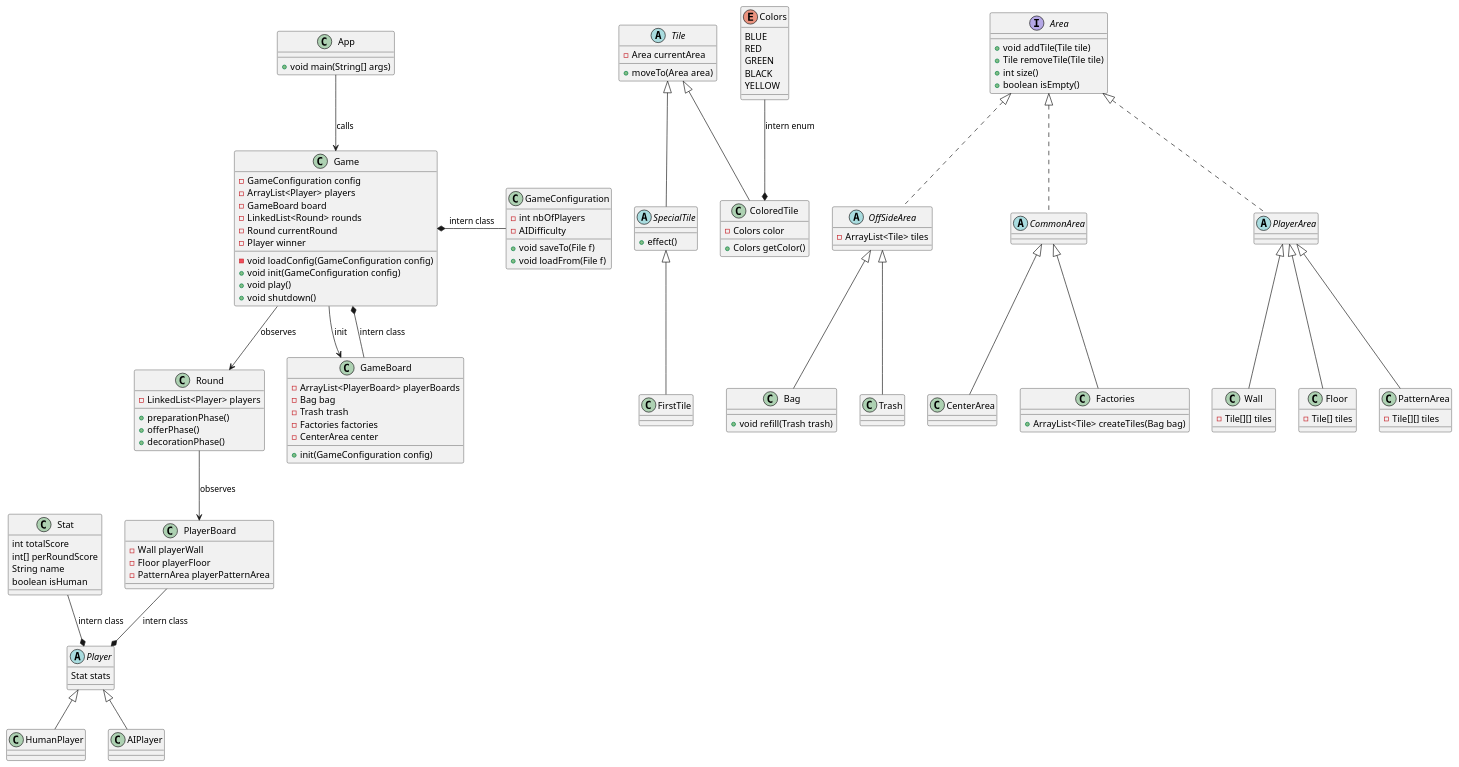
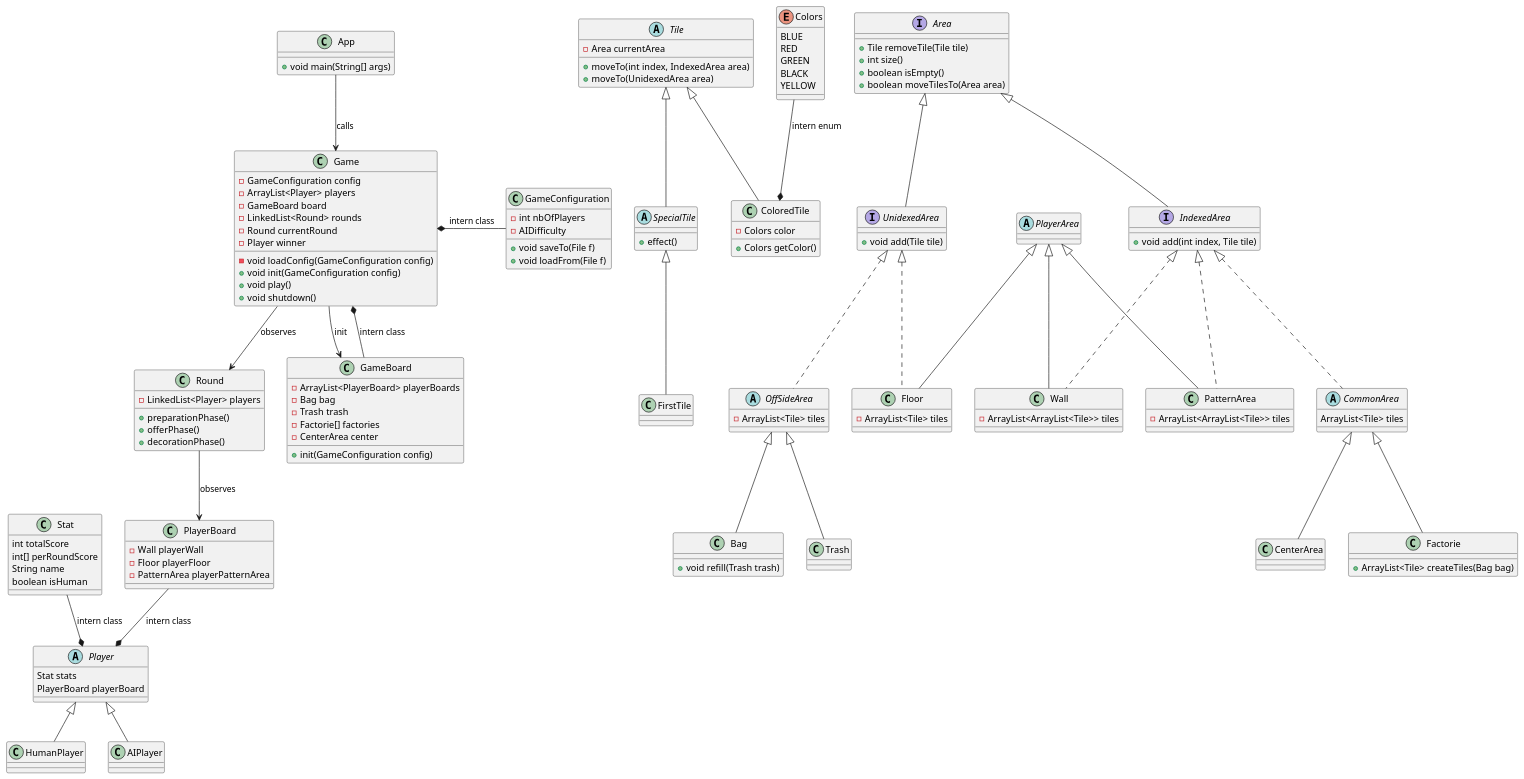
The diagram in proj.puml (nsouff/Azul), drawn with PlantUML before and after one commit. The commit also changed 1 other file, not shown here.

Commit message:
modified Area tree with two new interface

```diff
--- a/proj.puml
+++ b/proj.puml
@@ -1,155 +1,169 @@
 @startuml
 
 Abstract class Tile {
 	-Area currentArea
-	+moveTo(Area area)
+	+moveTo(int index, IndexedArea area)
+	+moveTo(UnidexedArea area)
 }
 
 
 Tile <|-- SpecialTile
 abstract class SpecialTile {
 	+effect()
 }
 
 Tile <|-- ColoredTile
 class ColoredTile {
 	-Colors color
 	+Colors getColor()
 }
 
 SpecialTile <|-- FirstTile
 class FirstTile
 
 Colors --* ColoredTile : "intern enum"
 enum Colors {
 	BLUE
 	RED
 	GREEN
 	BLACK
-	YELLOW	
+	YELLOW
 }
 
 
 interface Area {
-	+void addTile(Tile tile)
 	+Tile removeTile(Tile tile)
 	+int size()
 	+boolean isEmpty()
+	+boolean moveTilesTo(Area area)
+}
+Area <|-- UnidexedArea
+interface UnidexedArea {
+	+void add(Tile tile)
 }
 
-Area <|.. OffSideArea
+Area <|-- IndexedArea
+interface IndexedArea {
+	+void add(int index, Tile tile)
+}
+
+UnidexedArea <|.. OffSideArea
 abstract class OffSideArea {
 	-ArrayList<Tile> tiles
 }
 
 OffSideArea <|-- Bag
 class Bag {
 	+void refill(Trash trash)
 }
 
 OffSideArea <|-- Trash
 class Trash {
-	
+
 }
-
-Area <|.. CommonArea
-abstract class CommonArea
+IndexedArea <|.. CommonArea
+abstract class CommonArea {
+	ArrayList<Tile> tiles
+}
 CommonArea <|-- CenterArea
-CommonArea <|-- Factories
-class Factories {
+CommonArea <|-- Factorie
+class Factorie {
 	+ArrayList<Tile> createTiles(Bag bag)
 }
 
-Area <|.. PlayerArea
 abstract class PlayerArea
 
+IndexedArea <|.. Wall
 PlayerArea <|-- Wall
 class Wall {
-	-Tile[][] tiles
+	-ArrayList<ArrayList<Tile>> tiles
 }
 
+UnidexedArea <|.. Floor
 PlayerArea <|-- Floor
 class Floor {
-	-Tile[] tiles
+	-ArrayList<Tile> tiles
 }
 
+IndexedArea <|.. PatternArea
 PlayerArea <|-- PatternArea
 class PatternArea{
-	-Tile[][] tiles
+	-ArrayList<ArrayList<Tile>> tiles
 }
 
 abstract class Player {
 	Stat stats
+	PlayerBoard playerBoard
 }
 
 Stat  --* Player : "intern class"
 class Stat {
 	int totalScore
 	int[] perRoundScore
 	String name
 	boolean isHuman
 }
 
 Player <|-- HumanPlayer
 Player <|-- AIPlayer
 
 
 class PlayerBoard
 PlayerBoard --* Player : "intern class"
 
 
 GameConfiguration -left-* Game : "intern class"
 class GameConfiguration {
-	-int nbOfPlayers	
+	-int nbOfPlayers
 	-AIDifficulty
 	+void saveTo(File f)
 	+void loadFrom(File f)
 }
 
 Game --> Round : "observes"
 class Game {
 	-GameConfiguration config
 	-ArrayList<Player> players
 	-GameBoard board
 	-LinkedList<Round> rounds
 	-Round currentRound
 	-Player winner
 	-void loadConfig(GameConfiguration config)
 	+void init(GameConfiguration config)
 	+void play()
 	+void shutdown()
 }
 
 Game --> GameBoard : "init"
 GameBoard --* Game : "intern class"
 class GameBoard {
 	-ArrayList<PlayerBoard> playerBoards
 	-Bag bag
 	-Trash trash
-	-Factories factories
+	-Factorie[] factories
 	-CenterArea center
 	+init(GameConfiguration config)
 }
-	
+
 Round --> PlayerBoard : "observes"
 class PlayerBoard {
 	-Wall playerWall
 	-Floor playerFloor
 	-PatternArea playerPatternArea
 }
 
-class Round {	
+class Round {
 	-LinkedList<Player> players
 	+preparationPhase()
 	+offerPhase()
-	+decorationPhase()	
+	+decorationPhase()
 }
 
 
 App --> Game : "calls"
 class App {
 	+void main(String[] args)
 }
 
 
 @enduml
```
